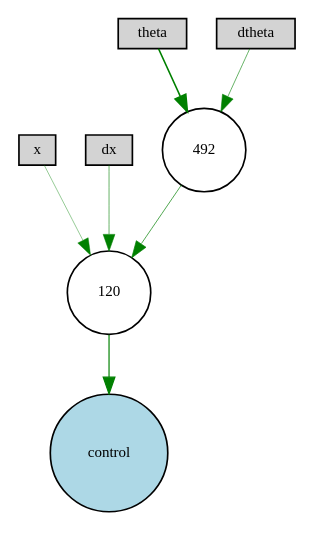
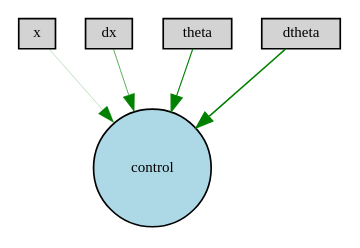
The diagram in examples/single-pole-balancing/winner-feedforward-enabled.gv (felix0901/NEAT), drawn with Graphviz before and after one commit. The commit also changed 12 other files, not shown here.

```diff
--- a/examples/single-pole-balancing/winner-feedforward-enabled.gv
+++ b/examples/single-pole-balancing/winner-feedforward-enabled.gv
@@ -1,16 +1,12 @@
 digraph {
 	node [fontsize=9 height=0.2 shape=circle width=0.2]
 	x [fillcolor=lightgray shape=box style=filled]
 	dx [fillcolor=lightgray shape=box style=filled]
 	theta [fillcolor=lightgray shape=box style=filled]
 	dtheta [fillcolor=lightgray shape=box style=filled]
 	control [fillcolor=lightblue style=filled]
-	120 [fillcolor=white style=filled]
-	492 [fillcolor=white style=filled]
-	120 -> control [color=green penwidth=0.7116546684830001 style=solid]
-	x -> 120 [color=green penwidth=0.2535057517298861 style=solid]
-	dx -> 120 [color=green penwidth=0.3632057701957695 style=solid]
-	dtheta -> 492 [color=green penwidth=0.35750629966161207 style=solid]
-	492 -> 120 [color=green penwidth=0.4144506222021679 style=solid]
-	theta -> 492 [color=green penwidth=0.9930993597949437 style=solid]
+	dtheta -> control [color=green penwidth=0.909697843859778 style=solid]
+	dx -> control [color=green penwidth=0.3851801402963153 style=solid]
+	theta -> control [color=green penwidth=0.6988442238811529 style=solid]
+	x -> control [color=green penwidth=0.1476319530021114 style=solid]
 }
```
